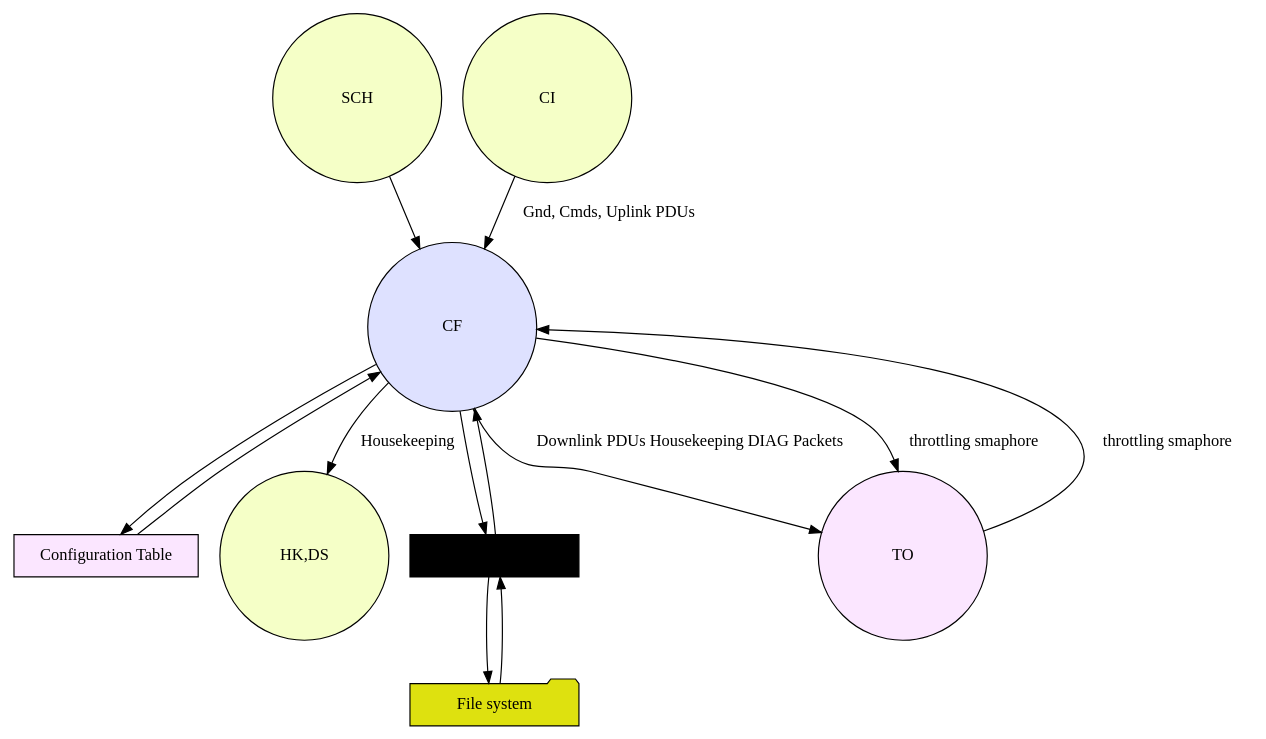
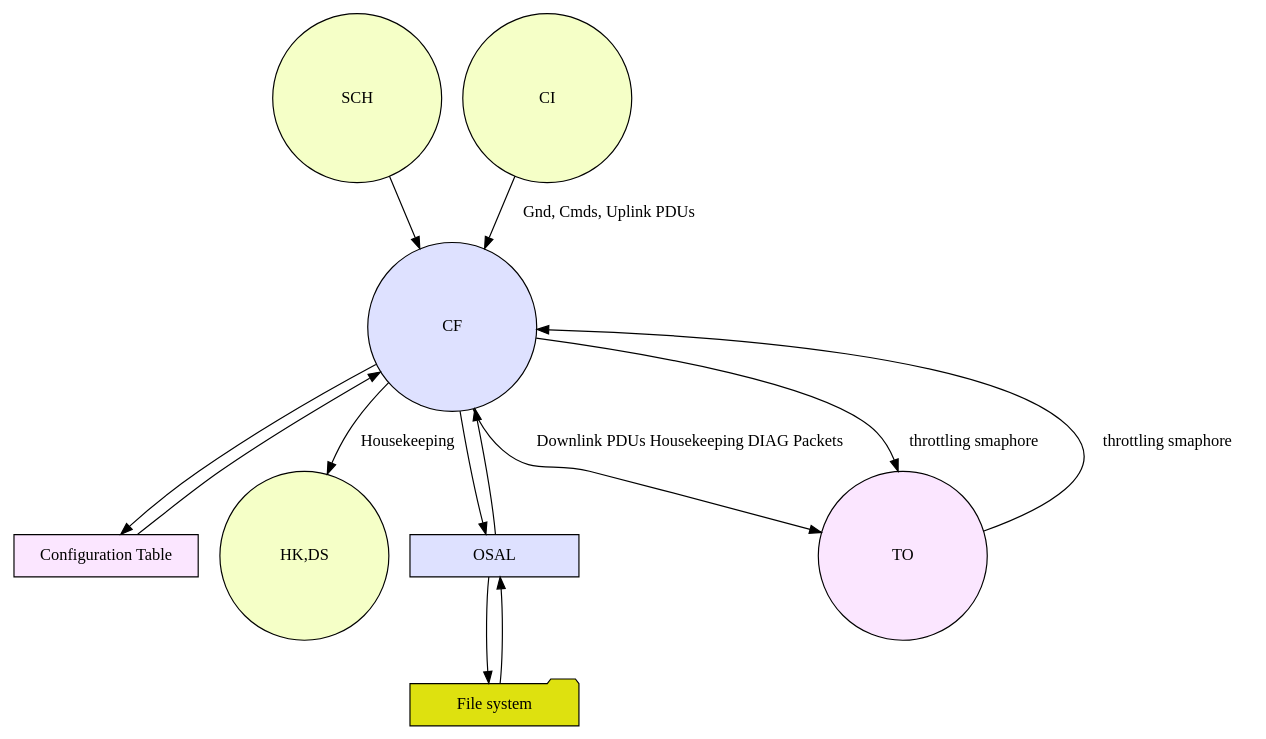
Before and after one commit to marselomeri/airliner: the diagram in apps/cf/docs/design.rst, drawn with Graphviz.

Commit message:
Fixed CF design diagram #41

```diff
--- a/apps/cf/docs/design.rst
+++ b/apps/cf/docs/design.rst
@@ -4,28 +4,28 @@
 .. graphviz::
    :caption: CF Context Diagram
    
    digraph CF_Context_Diagram {
          
       CF -> Config;
       Config -> CF;
       SCH -> CF [lable="Wake up Msg"];
       CF -> HK [label="Housekeeping"];
       CI -> CF [label="Gnd, Cmds, Uplink PDUs"];
       CF -> OSAL;
       OSAL -> CF;
       OSAL -> FS;
       FS -> OSAL;
       CF -> TO [label="Downlink PDUs Housekeeping DIAG Packets"];
       TO -> CF [label="throttling smaphore"];
       CF -> TO [label="throttling smaphore"];
       
       Config [style=filled, fillcolor="#fbe6ff", shape=rect, width=2, label="Configuration Table"] 
       CF  [style=filled, fillcolor="#dee1ff", shape=circle, width=2, label="CF"]
       SCH [style=filled, fillcolor="#f5ffc7", shape=circle, width=2, label="SCH"]
       HK [style=filled, fillcolor="#f5ffc7", shape=circle, width=2, label="HK,DS"]
       CI [style=filled, fillcolor="#f5ffc7", shape=circle, width=2, label="CI"]
       TO [style=filled, fillcolor="#fbe6ff", shape=circle, width=2, label="TO"]
-      OSAL [style=filled, fillcolor="dee1ff", shape=rect, width=2, label="OSAL"]
+      OSAL [style=filled, fillcolor="#dee1ff", shape=rect, width=2, label="OSAL"]
       FS [style=filled, fillcolor="#dee1f", shape=folder, width=2, label="File system"]
       
     }
```
